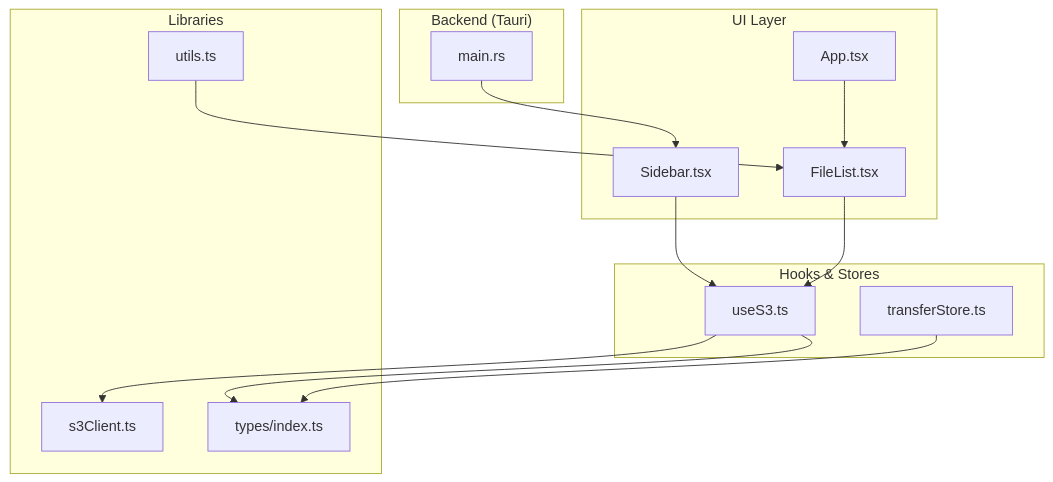
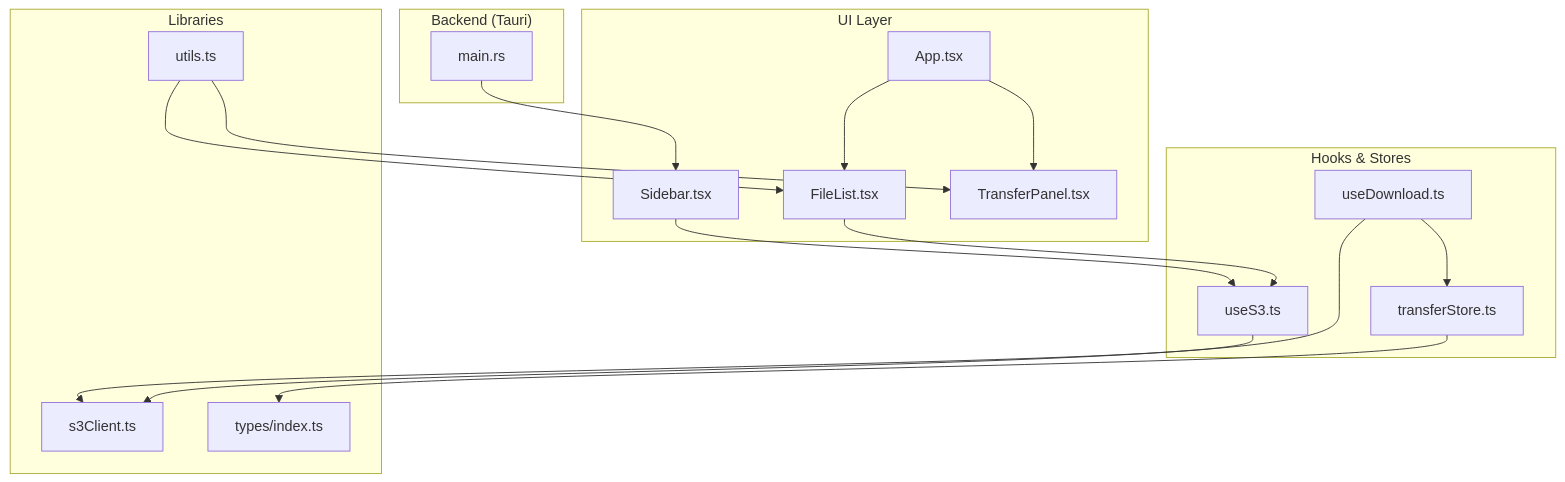
Before and after one commit to nasrulhadi/s3-explorer: the first of 12 diagrams in .qoder/repowiki/en/content/Core Features/File Operations.md, drawn with Mermaid. The commit also changed other lines of this file and 44 other files, not shown here.

First line of the commit message:
feat(ui): introduce comprehensive UI component system with TransferPanel and AddConnectionModal

````diff
--- a/.qoder/repowiki/en/content/Core Features/File Operations.md
+++ b/.qoder/repowiki/en/content/Core Features/File Operations.md
@@ -34,28 +46,33 @@
 ```mermaid
 graph TB
 subgraph "UI Layer"
 Sidebar["Sidebar.tsx"]
 FileList["FileList.tsx"]
 App["App.tsx"]
+TransferPanel["TransferPanel.tsx"]
 end
 subgraph "Hooks & Stores"
 useS3["useS3.ts"]
+useDownload["useDownload.ts"]
 transferStore["transferStore.ts"]
 end
 subgraph "Libraries"
 s3Client["s3Client.ts"]
 utils["utils.ts"]
 types["types/index.ts"]
 end
 subgraph "Backend (Tauri)"
 tauriMain["main.rs"]
 end
 Sidebar --> useS3
 FileList --> useS3
 App --> FileList
+App --> TransferPanel
 useS3 --> s3Client
-useS3 --> types
+useDownload --> transferStore
+useDownload --> s3Client
 transferStore --> types
 utils --> FileList
+utils --> TransferPanel
 tauriMain --> Sidebar
 ```
````
